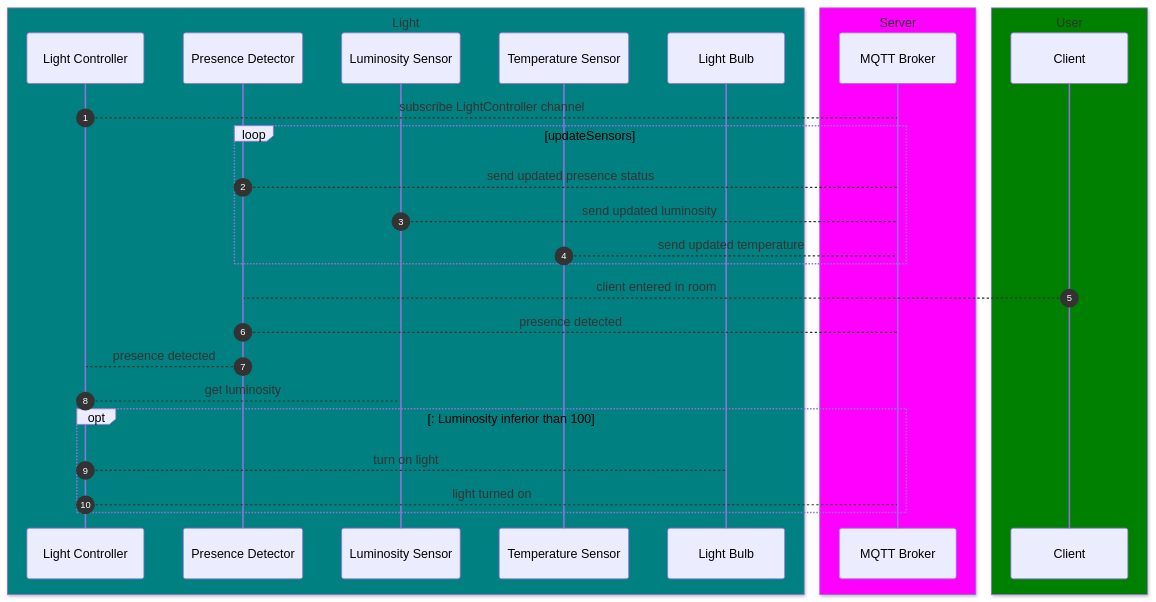
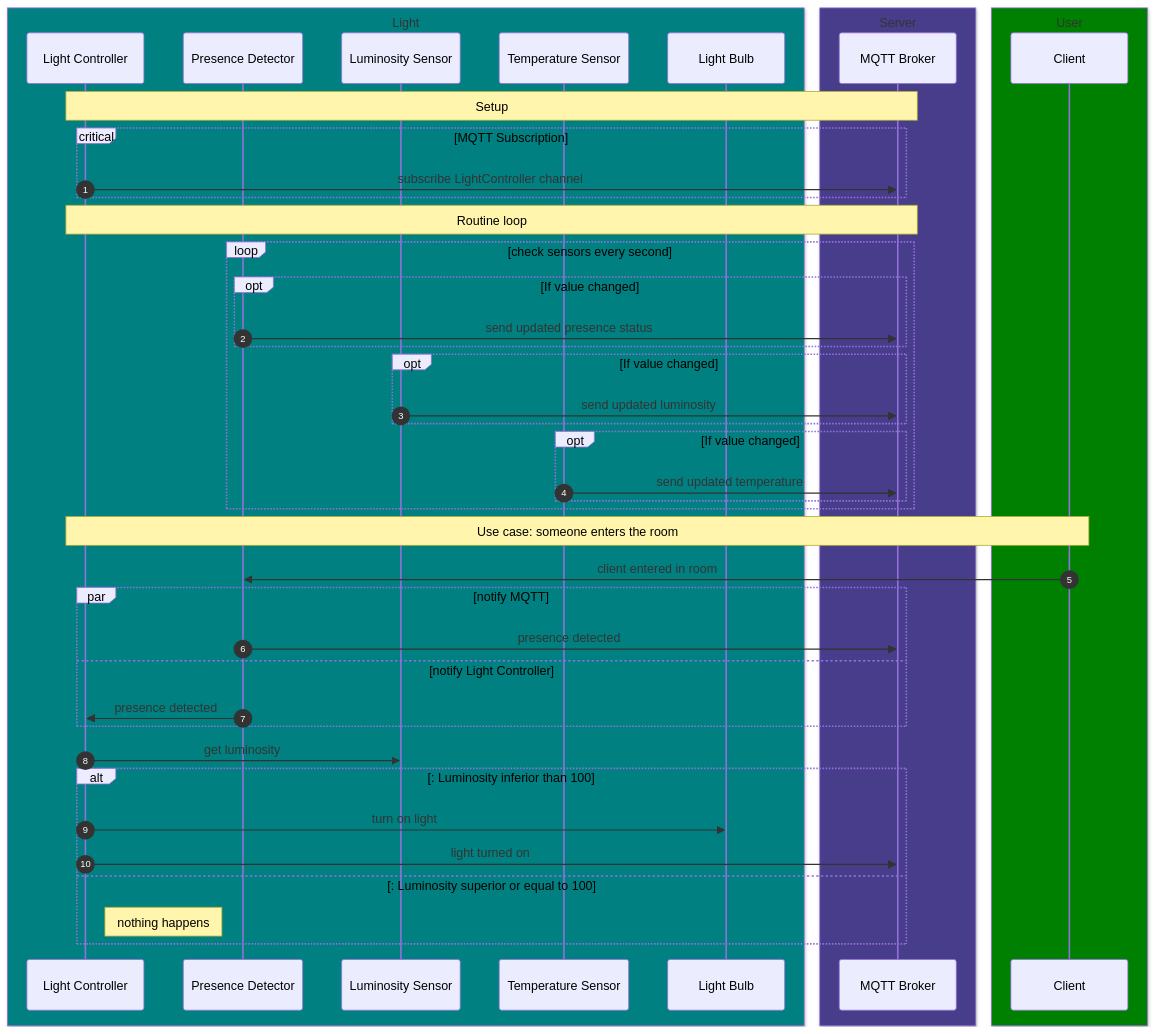
Before and after one commit to htitushg/ESP_32_2: the fourth of 4 diagrams in README.md, drawn with Mermaid.

Commit message:
Update sequence diagram for presence detection.

````diff
--- a/README.md
+++ b/README.md
@@ -365,35 +365,51 @@
 ```mermaid
 sequenceDiagram
     autonumber
     box teal Light
         participant LC as Light Controller
         participant PD as Presence Detector
         participant LS as Luminosity Sensor
         participant TS as Temperature Sensor
         participant LB as Light Bulb
     end
-    box magenta Server
+    box darkslateblue Server
         participant MQTT as MQTT Broker
     end
     box green User
         participant C as Client
     end
     
-    LC --> MQTT : subscribe LightController channel
-    
-    loop updateSensors
-        PD --> MQTT : send updated presence status
-        LS --> MQTT : send updated luminosity
-        TS --> MQTT : send updated temperature
+    Note over LC, MQTT: Setup
+    critical MQTT Subscription
+        LC ->> MQTT : subscribe LightController channel
+    end
+
+    Note over LC, MQTT: Routine loop
+    loop check sensors every second
+        opt If value changed
+            PD ->> MQTT : send updated presence status
+        end
+        opt If value changed
+            LS ->> MQTT : send updated luminosity
+        end
+        opt If value changed
+            TS ->> MQTT : send updated temperature
+        end
+    end
+
+    Note over LC, C: Use case: someone enters the room 
+    C ->> PD : client entered in room
+    par notify MQTT
+        PD ->> MQTT : presence detected
+    and notify Light Controller
+        PD ->> LC : presence detected
     end
     
-    C --> PD : client entered in room
-    PD --> MQTT : presence detected
-    PD --> LC : presence detected
-    
-    LC --> LS : get luminosity
-    opt: Luminosity inferior than 100
-        LC --> LB : turn on light
-        LC --> MQTT : light turned on
+    LC ->> LS : get luminosity
+    alt: Luminosity inferior than 100
+        LC ->> LB : turn on light
+        LC ->> MQTT : light turned on
+    else: Luminosity superior or equal to 100
+        Note right of LC : nothing happens
     end
 ```
````
